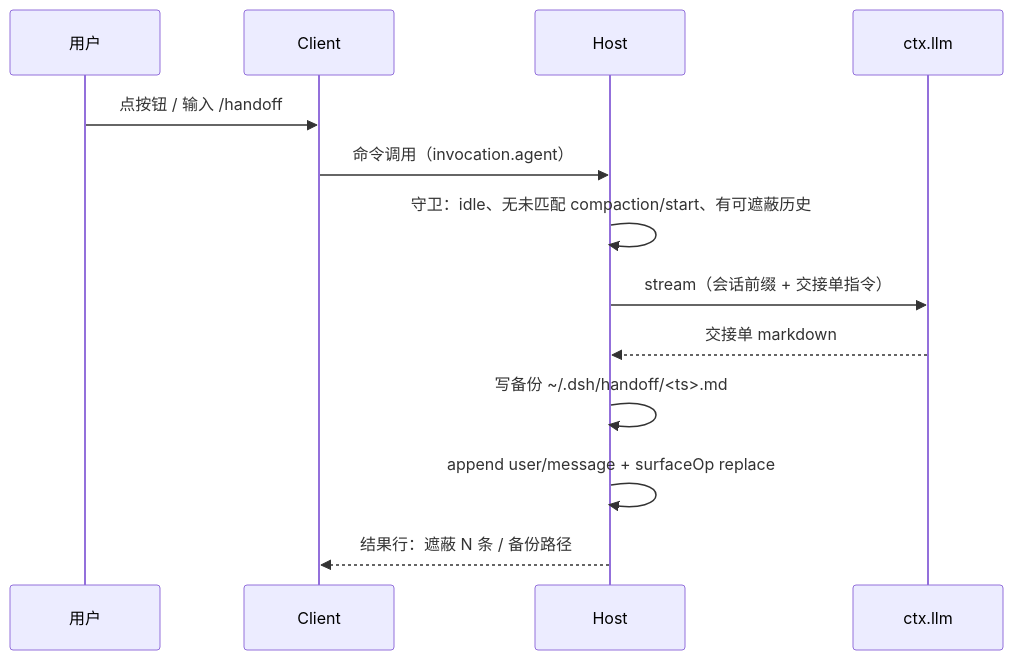
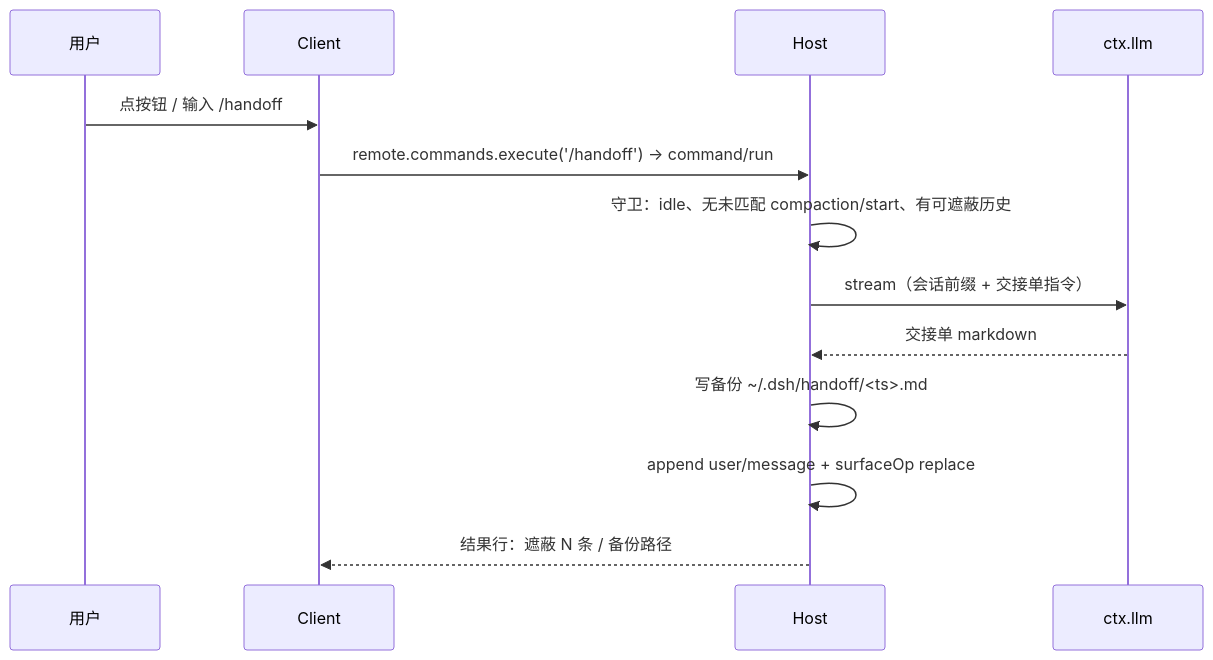
One commit to zh880517/dsh_plugins changed the first of 2 diagrams in docs/plugins/handoff/design.md. Above: the diagram before and after it, drawn with Mermaid. The commit also changed other lines of this file and 21 other files, not shown here.

````diff
--- a/docs/plugins/handoff/design.md
+++ b/docs/plugins/handoff/design.md
@@ -45,16 +49,16 @@
 ```mermaid
 sequenceDiagram
   participant U as 用户
   participant C as Client
   participant H as Host
   participant L as ctx.llm
 
   U->>C: 点按钮 / 输入 /handoff
-  C->>H: 命令调用（invocation.agent）
+  C->>H: remote.commands.execute('/handoff') → command/run
   H->>H: 守卫：idle、无未匹配 compaction/start、有可遮蔽历史
   H->>L: stream（会话前缀 + 交接单指令）
   L-->>H: 交接单 markdown
   H->>H: 写备份 ~/.dsh/handoff/<ts>.md
   H->>H: append user/message + surfaceOp replace
   H-->>C: 结果行：遮蔽 N 条 / 备份路径
 ```
````
